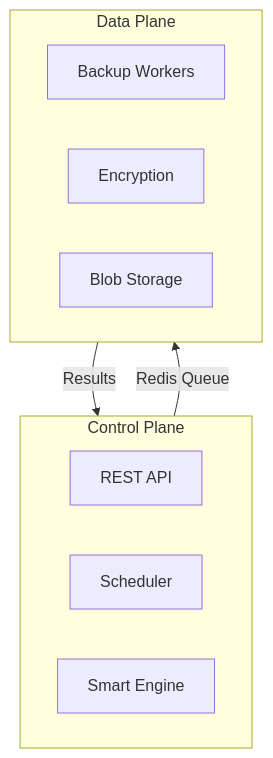
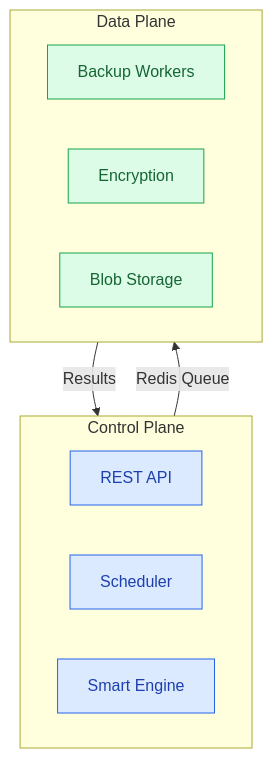
Before and after one commit to gpatwa/m365-vault: the third of 4 diagrams in docs/ARCHITECTURE.md, drawn with Mermaid. The commit also changed other lines of this file and 3 other files, not shown here.

First line of the commit message:
fix: colored Mermaid diagrams + remove all ASCII art duplicates

````diff
--- a/docs/ARCHITECTURE.md
+++ b/docs/ARCHITECTURE.md
@@ -34,15 +42,17 @@
 ```mermaid
 graph TB
     subgraph CP[Control Plane]
-        A1[REST API]
-        A2[Scheduler]
-        A3[Smart Engine]
+        A1[REST API]:::control
+        A2[Scheduler]:::control
+        A3[Smart Engine]:::control
     end
     subgraph DP[Data Plane]
-        B1[Backup Workers]
-        B2[Encryption]
-        B3[Blob Storage]
+        B1[Backup Workers]:::data
+        B2[Encryption]:::data
+        B3[Blob Storage]:::data
     end
     CP -->|Redis Queue| DP
     DP -->|Results| CP
+    classDef control fill:#dbeafe,stroke:#2563eb,color:#1e40af
+    classDef data fill:#dcfce7,stroke:#16a34a,color:#166534
 ```
````
